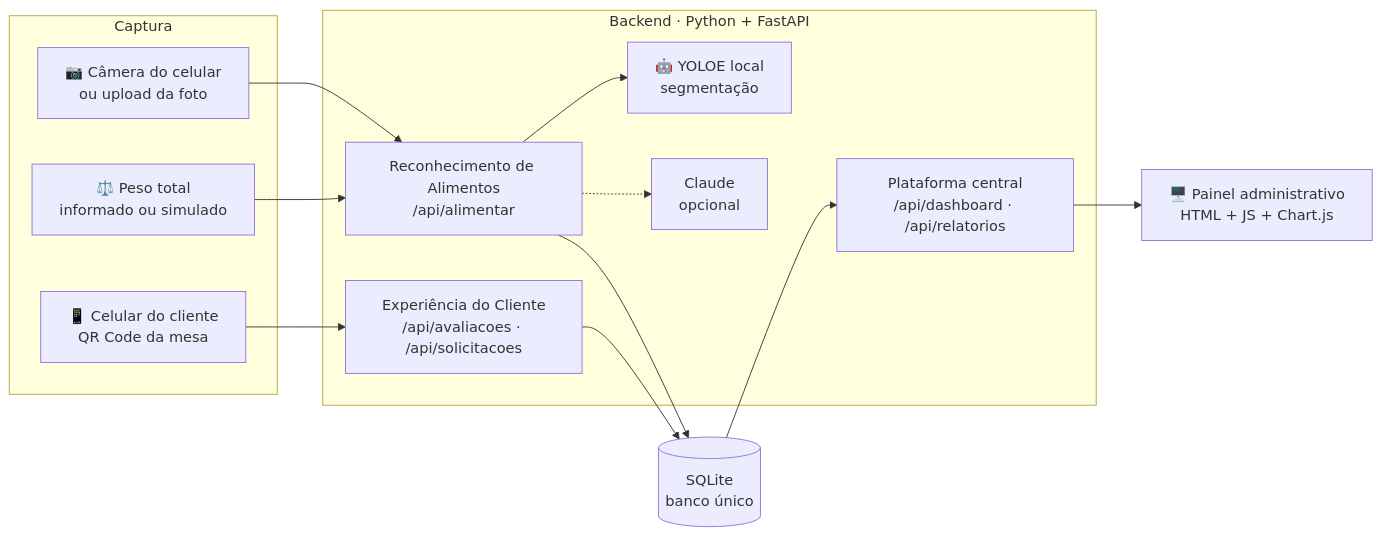
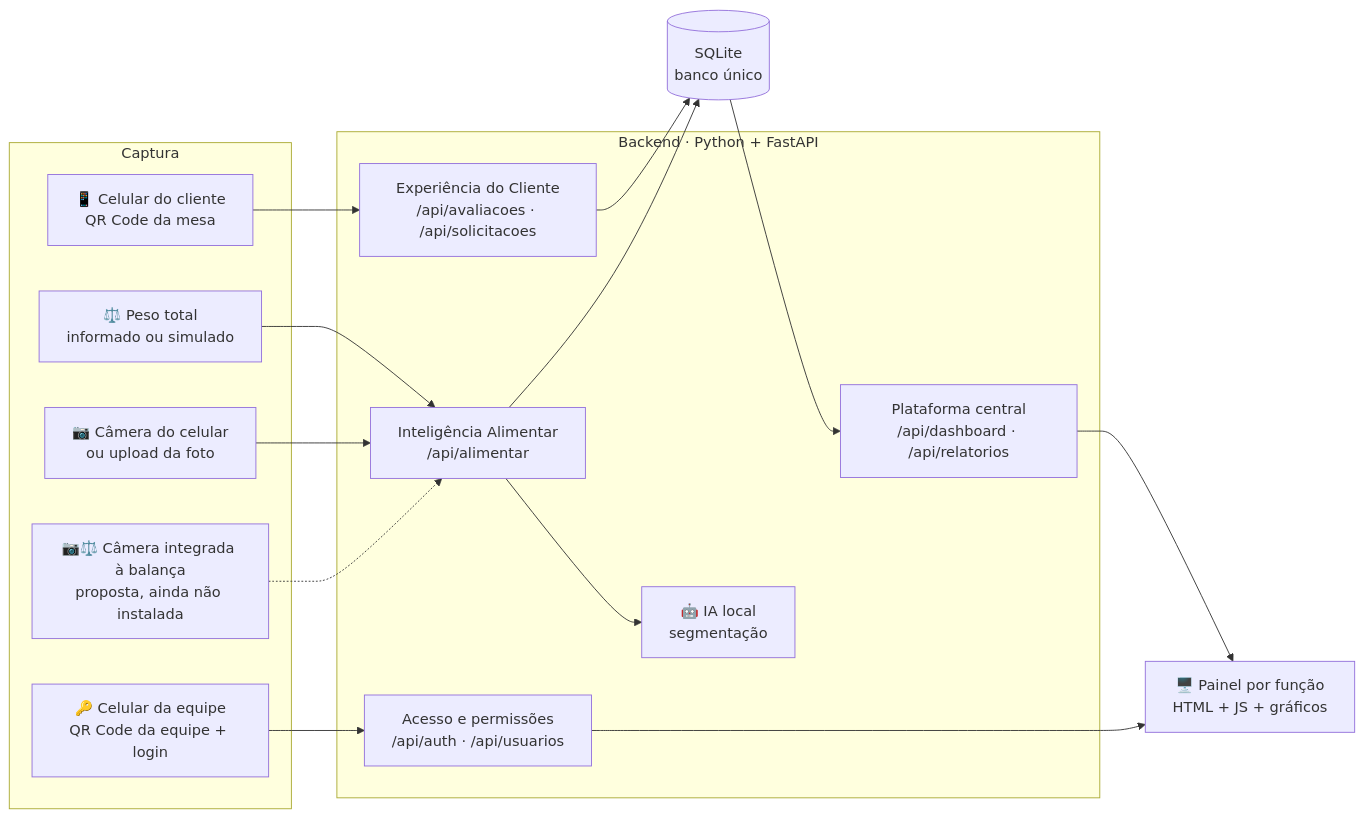
Before and after one commit to jessetec03-code/OqueQuilo: the diagram in README.md, drawn with Mermaid. The commit also changed other lines of this file and 1 other file, not shown here.

````diff
--- a/README.md
+++ b/README.md
@@ -96,22 +128,25 @@
 ```mermaid
 flowchart LR
     subgraph Captura
       C1[📷 Câmera do celular<br/>ou upload da foto]
       C2[⚖️ Peso total<br/>informado ou simulado]
       C3[📱 Celular do cliente<br/>QR Code da mesa]
+      C4[🔑 Celular da equipe<br/>QR Code da equipe + login]
+      C0[📷⚖️ Câmera integrada à balança<br/>proposta, ainda não instalada]
     end
     subgraph Backend["Backend · Python + FastAPI"]
-      A1[Reconhecimento de Alimentos<br/>/api/alimentar]
-      Y[🤖 YOLOE local<br/>segmentação]
-      CL[Claude<br/>opcional]
+      AU[Acesso e permissões<br/>/api/auth · /api/usuarios]
+      A1[Inteligência Alimentar<br/>/api/alimentar]
+      Y[🤖 IA local<br/>segmentação]
       A3[Experiência do Cliente<br/>/api/avaliacoes · /api/solicitacoes]
       A4[Plataforma central<br/>/api/dashboard · /api/relatorios]
     end
     DB[(SQLite<br/>banco único)]
-    UI[🖥️ Painel administrativo<br/>HTML + JS + Chart.js]
+    UI[🖥️ Painel por função<br/>HTML + JS + gráficos]
+    C0 -.-> A1
     C1 --> A1 --> Y
-    A1 -.-> CL
     C2 --> A1
     C3 --> A3
+    C4 --> AU --> UI
     A1 & A3 --> DB --> A4 --> UI
 ```
````
